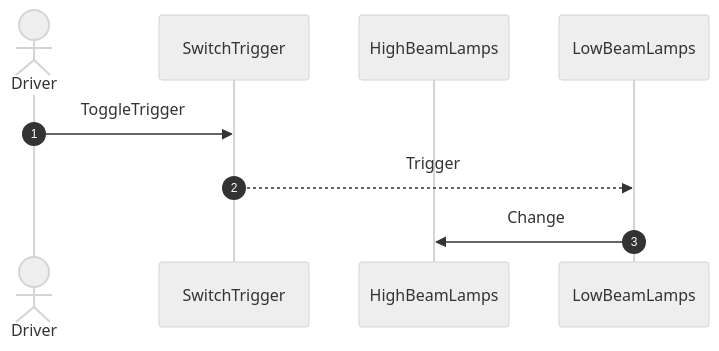
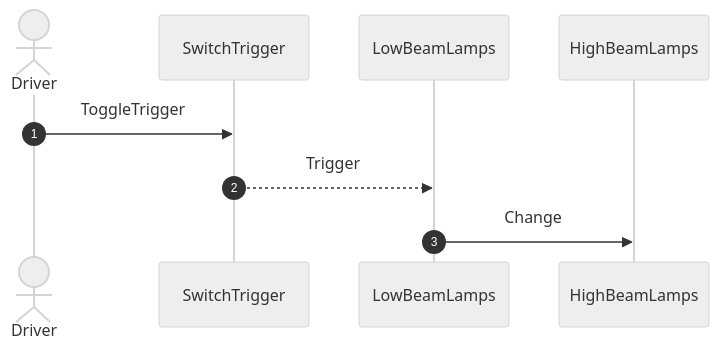
One commit to kishorekanala/VehicleSim changed the third of 5 diagrams in VehicleSystemsReports/VehicleLightingSystem/VehicleLightingSystem.md. Above: the diagram before and after it, drawn with Mermaid (neutral theme). The commit also changed other lines of this file, not shown here.

````diff
--- a/VehicleSystemsReports/VehicleLightingSystem/VehicleLightingSystem.md
+++ b/VehicleSystemsReports/VehicleLightingSystem/VehicleLightingSystem.md
@@ -124,11 +124,11 @@
 ```mermaid
 sequenceDiagram
 autonumber
 actor Driver
 participant SwitchTrigger
+participant LowBeamLamps
 participant HighBeamLamps
-participant LowBeamLamps
 Driver->>SwitchTrigger: ToggleTrigger
 SwitchTrigger-->>LowBeamLamps: Trigger
 LowBeamLamps->>HighBeamLamps: Change
 ```
````
